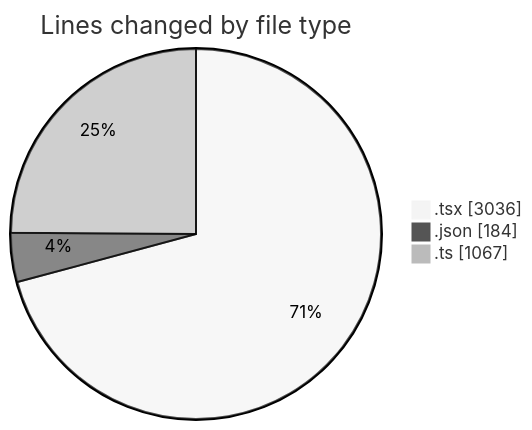
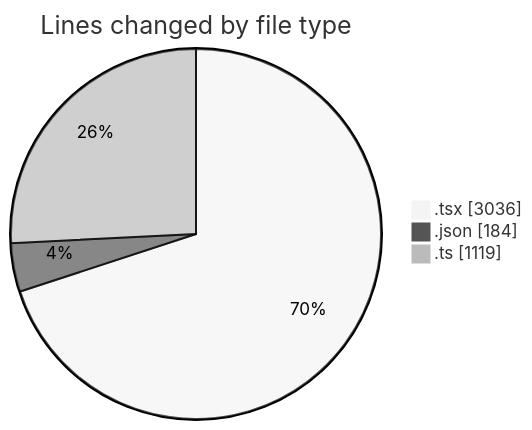
One commit to momahboobian/code-tracking changed the first of 2 diagrams in 2025-11-21/cda/README.md. Above: the diagram before and after it, drawn with Mermaid (neutral theme). The commit also changed other lines of this file and 1 other file, not shown here.

````diff
--- a/2025-11-21/cda/README.md
+++ b/2025-11-21/cda/README.md
@@ -26,7 +27,7 @@
 ```mermaid
 pie showData
 title Lines changed by file type
 ".tsx" : 3036
 ".json" : 184
-".ts" : 1067
+".ts" : 1119
 ```
````
